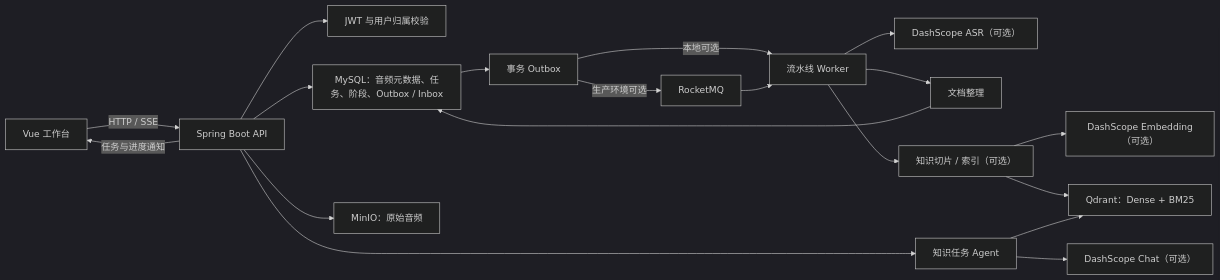
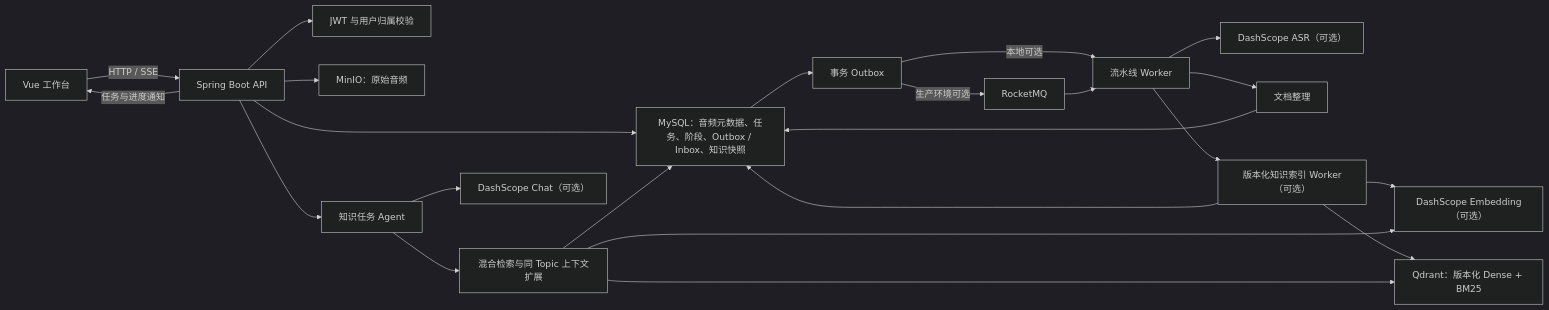
One commit to normalform3/voice-note changed the diagram in README.md. Above: the diagram before and after it, drawn with Mermaid (dark theme). The commit also changed other lines of this file, not shown here.

````diff
--- a/README.md
+++ b/README.md
@@ -32,24 +32,28 @@
 ```mermaid
 flowchart LR
     Browser["Vue 工作台"] -->|"HTTP / SSE"| Api["Spring Boot API"]
     Api --> Auth["JWT 与用户归属校验"]
-    Api --> Mysql["MySQL：音频元数据、任务、阶段、Outbox / Inbox"]
+    Api --> Mysql["MySQL：音频元数据、任务、阶段、Outbox / Inbox、知识快照"]
     Api --> Storage["MinIO：原始音频"]
 
     Mysql --> Outbox["事务 Outbox"]
     Outbox -->|"生产环境可选"| Mq["RocketMQ"]
     Outbox -->|"本地可选"| Workers["流水线 Worker"]
     Mq --> Workers
 
     Workers --> Asr["DashScope ASR（可选）"]
     Workers --> Organizer["文档整理"]
     Organizer --> Mysql
-    Workers --> Indexer["知识切片 / 索引（可选）"]
+    Workers --> Indexer["版本化知识索引 Worker（可选）"]
+    Indexer --> Mysql
     Indexer --> Embed["DashScope Embedding（可选）"]
-    Indexer --> Qdrant["Qdrant：Dense + BM25"]
+    Indexer --> Qdrant["Qdrant：版本化 Dense + BM25"]
 
     Api --> Agent["知识任务 Agent"]
-    Agent --> Qdrant
+    Agent --> Search["混合检索与同 Topic 上下文扩展"]
+    Search --> Embed
+    Search --> Qdrant
+    Search --> Mysql
     Agent --> Chat["DashScope Chat（可选）"]
     Api -->|"任务与进度通知"| Browser
 ```
````
